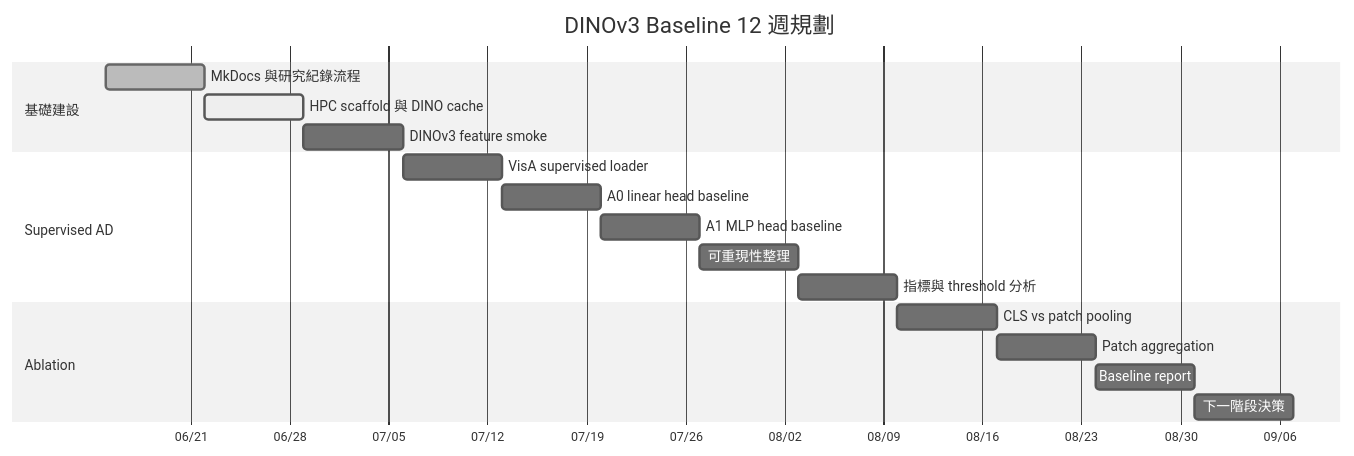
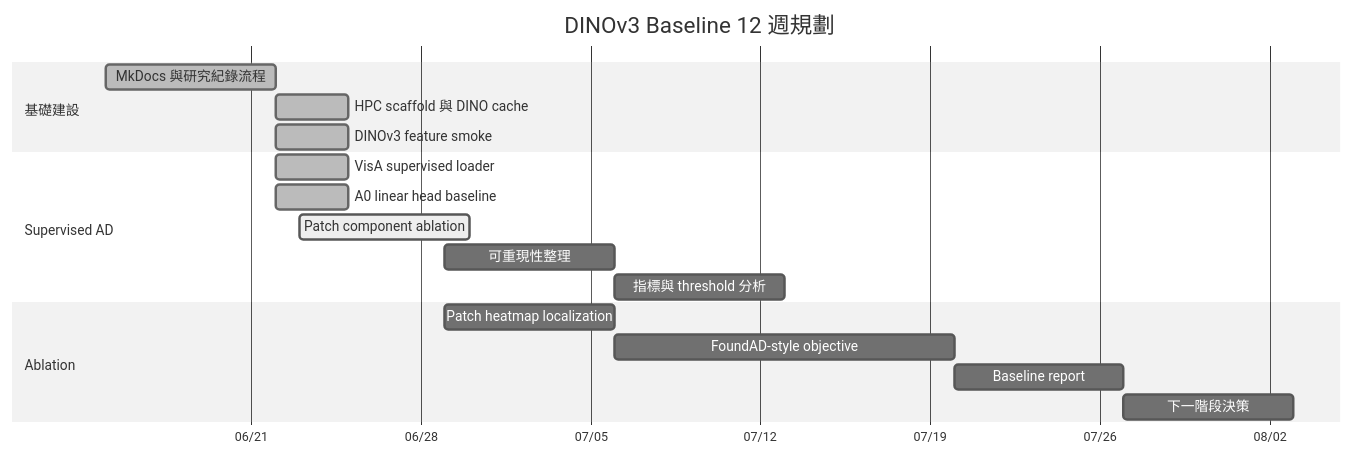
Before and after one commit to LeoGithub1119/foundation-ad-model: the diagram in docs/roadmap/12-week-plan.md, drawn with Mermaid (neutral theme). The commit also changed other lines of this file and 13 other files, not shown here.

Commit message:
Add DINO patch component ablations

````diff
--- a/docs/roadmap/12-week-plan.md
+++ b/docs/roadmap/12-week-plan.md
@@ -9,24 +9,24 @@
 ```mermaid
 gantt
     title DINOv3 Baseline 12 週規劃
     dateFormat  YYYY-MM-DD
     axisFormat  %m/%d
 
     section 基礎建設
     MkDocs 與研究紀錄流程      :done, 2026-06-15, 7d
-    HPC scaffold 與 DINO cache :active, 2026-06-22, 7d
-    DINOv3 feature smoke       :2026-06-29, 7d
+    HPC scaffold 與 DINO cache :done, 2026-06-22, 3d
+    DINOv3 feature smoke       :done, 2026-06-22, 3d
 
     section Supervised AD
-    VisA supervised loader     :2026-07-06, 7d
-    A0 linear head baseline    :2026-07-13, 7d
-    A1 MLP head baseline       :2026-07-20, 7d
-    可重現性整理               :2026-07-27, 7d
-    指標與 threshold 分析      :2026-08-03, 7d
+    VisA supervised loader     :done, 2026-06-22, 3d
+    A0 linear head baseline    :done, 2026-06-22, 3d
+    Patch component ablation   :active, 2026-06-23, 7d
+    可重現性整理               :2026-06-29, 7d
+    指標與 threshold 分析      :2026-07-06, 7d
 
     section Ablation
-    CLS vs patch pooling       :2026-08-10, 7d
-    Patch aggregation          :2026-08-17, 7d
-    Baseline report            :2026-08-24, 7d
-    下一階段決策               :2026-08-31, 7d
+    Patch heatmap localization :2026-06-29, 7d
+    FoundAD-style objective    :2026-07-06, 14d
+    Baseline report            :2026-07-20, 7d
+    下一階段決策               :2026-07-27, 7d
 ```
````
